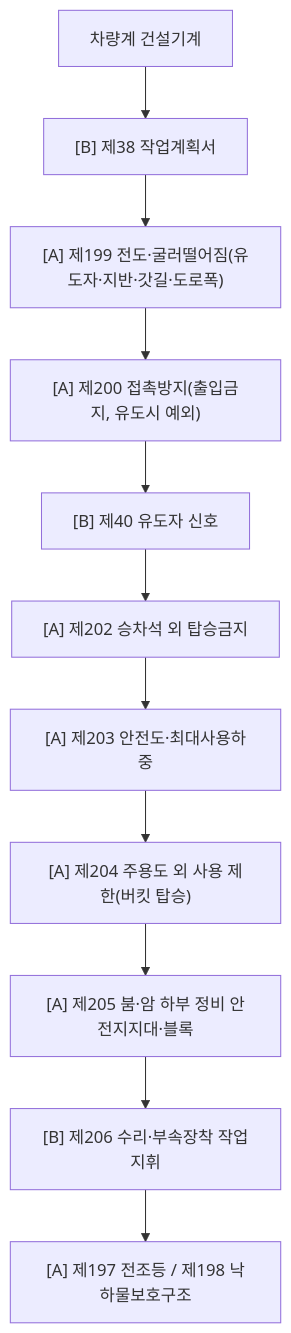
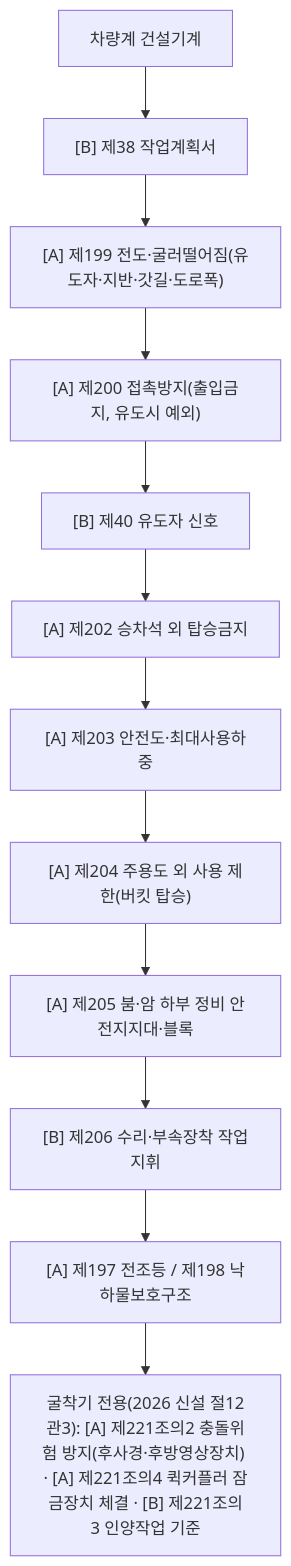
One commit to jinbless/arch-bot changed the second of 3 diagrams in docs/knowledge/감독관-판단기준/E01-차량계양중기장비.md. Above: the diagram before and after it, drawn with Mermaid. The commit also changed other lines of this file and 11 other files, not shown here.

````diff
--- a/docs/knowledge/감독관-판단기준/E01-차량계양중기장비.md
+++ b/docs/knowledge/감독관-판단기준/E01-차량계양중기장비.md
@@ -42,13 +46,14 @@
 ```mermaid
 flowchart TD
   A[차량계 건설기계] --> B["[B] 제38 작업계획서"]
   B --> C["[A] 제199 전도·굴러떨어짐(유도자·지반·갓길·도로폭)"]
   C --> D["[A] 제200 접촉방지(출입금지, 유도시 예외)"]
   D --> E["[B] 제40 유도자 신호"]
   E --> F["[A] 제202 승차석 외 탑승금지"]
   F --> G["[A] 제203 안전도·최대사용하중"]
   G --> H["[A] 제204 주용도 외 사용 제한(버킷 탑승)"]
   H --> I["[A] 제205 붐·암 하부 정비 안전지지대·블록"]
   I --> J["[B] 제206 수리·부속장착 작업지휘"]
   J --> K["[A] 제197 전조등 / 제198 낙하물보호구조"]
+  K --> L["굴착기 전용(2026 신설 절12관3): [A] 제221조의2 충돌위험 방지(후사경·후방영상장치) · [A] 제221조의4 퀵커플러 잠금장치 체결 · [B] 제221조의3 인양작업 기준"]
 ```
````
